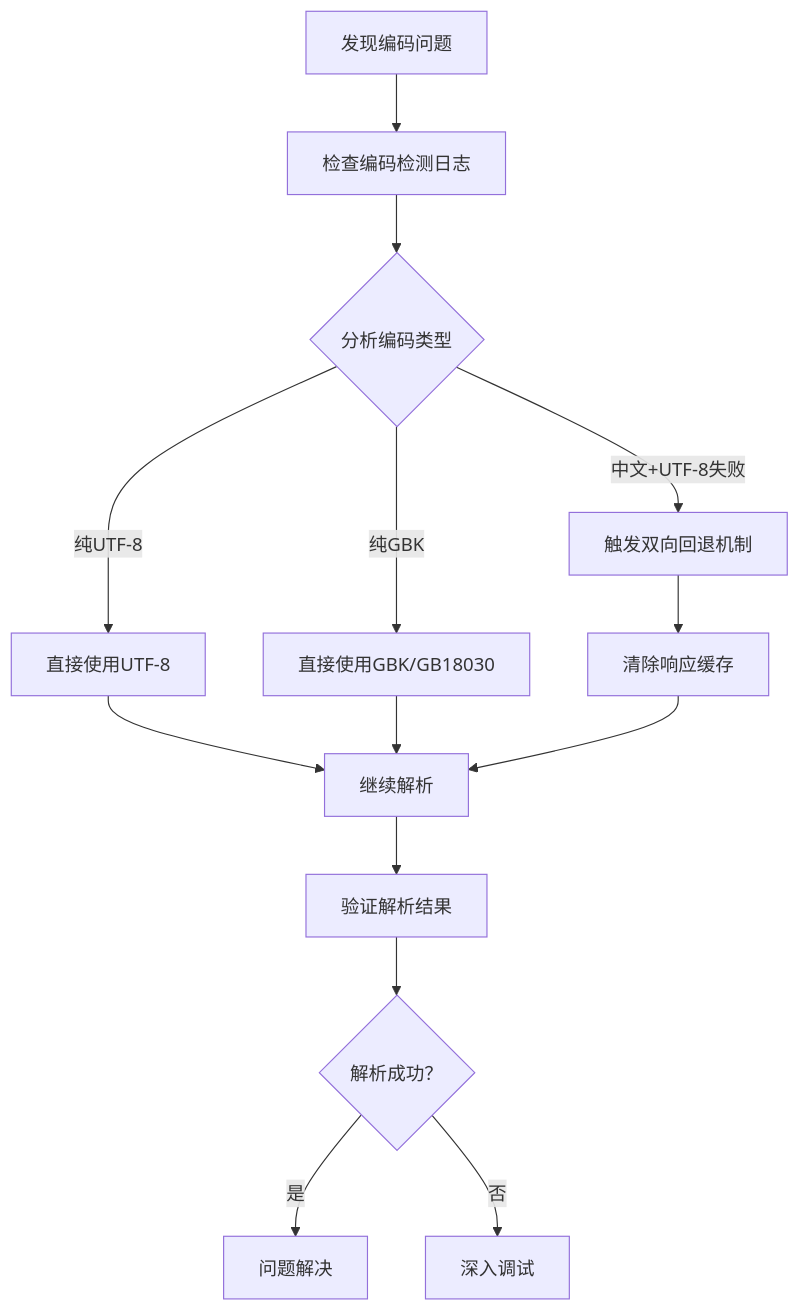
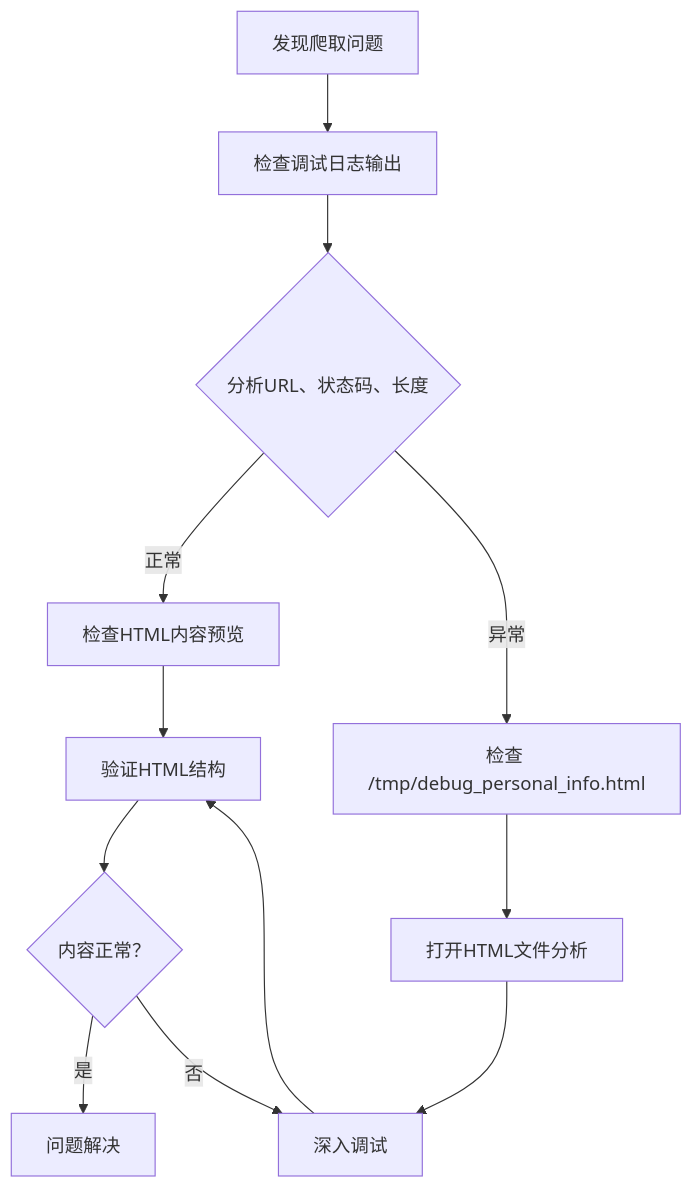
One commit to ghbbn053-ship-itsoulddog/soulddog changed the eighth of 9 diagrams in .qoder/repowiki/zh/content/开发指南/调试工具/后端调试.md. Above: the diagram before and after it, drawn with Mermaid. The commit also changed other lines of this file and 10 other files, not shown here.

````diff
--- a/.qoder/repowiki/zh/content/开发指南/调试工具/后端调试.md
+++ b/.qoder/repowiki/zh/content/开发指南/调试工具/后端调试.md
@@ -360,16 +386,14 @@
 ```mermaid
 flowchart TD
-Problem["发现编码问题"] --> CheckLog["检查编码检测日志"]
-CheckLog --> Analyze{"分析编码类型"}
-Analyze --> |中文+UTF-8失败| Fallback["触发双向回退机制"]
-Analyze --> |纯UTF-8| DirectUTF8["直接使用UTF-8"]
-Analyze --> |纯GBK| DirectGBK["直接使用GBK/GB18030"]
-Fallback --> ClearCache["清除响应缓存"]
-DirectUTF8 --> Parse["继续解析"]
-DirectGBK --> Parse
-ClearCache --> Parse
-Parse --> Verify["验证解析结果"]
-Verify --> Success{"解析成功？"}
+Problem["发现爬取问题"] --> CheckLogs["检查调试日志输出"]
+CheckLogs --> Analyze{"分析URL、状态码、长度"}
+Analyze --> |正常| CheckContent["检查HTML内容预览"]
+Analyze --> |异常| CheckFile["检查 /tmp/debug_personal_info.html"]
+CheckContent --> Verify["验证HTML结构"]
+Verify --> Success{"内容正常？"}
 Success --> |是| Complete["问题解决"]
 Success --> |否| Debug["深入调试"]
+CheckFile --> OpenFile["打开HTML文件分析"]
+OpenFile --> Debug
+Debug --> Verify
 ```
````
